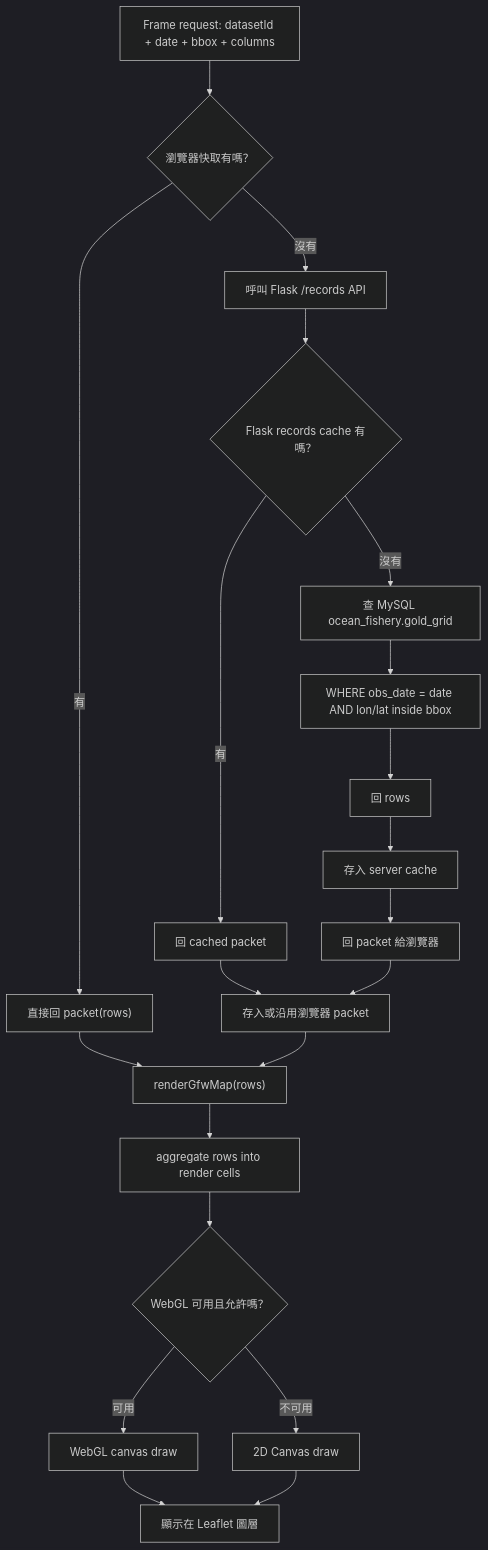
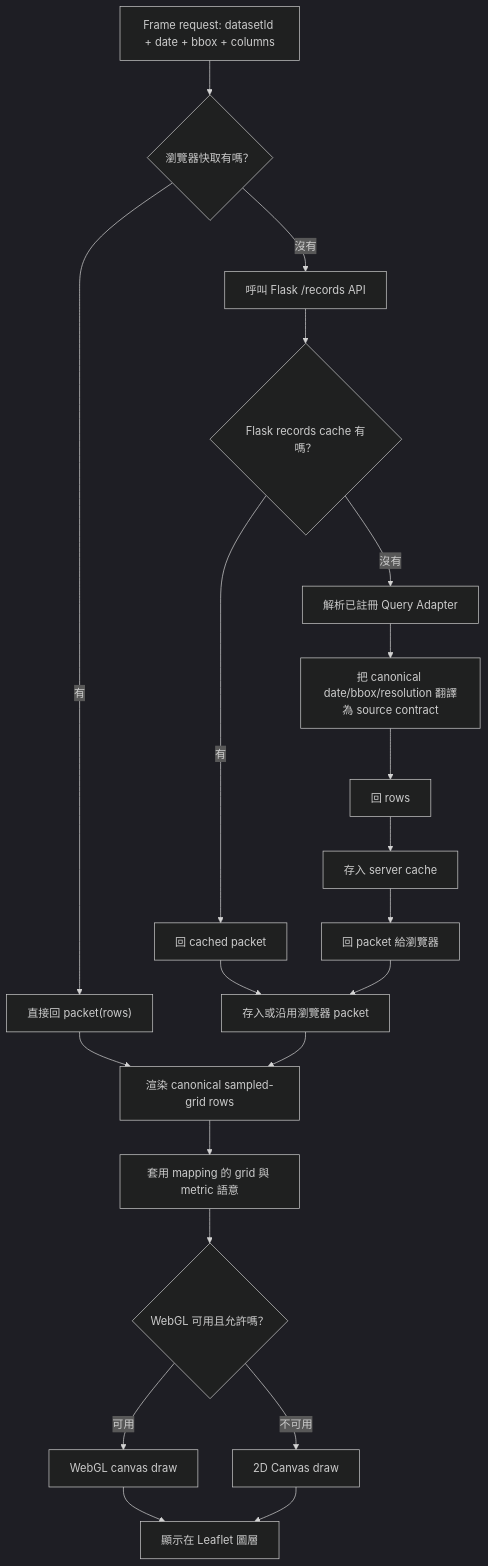
Before and after one commit to Kagamihara-Ruruka/gfw-flask-mysql-adapter: the fourth of 5 diagrams in README.zh-TW.md, drawn with Mermaid (dark theme). The commit also changed other lines of this file and 187 other files, not shown here.

Commit message:
Checkpoint lifecycle and runtime architecture

````diff
--- a/README.zh-TW.md
+++ b/README.zh-TW.md
@@ -299,27 +313,27 @@
 ```mermaid
 flowchart TD
   A["Frame request: datasetId + date + bbox + columns"] --> B{"瀏覽器快取有嗎？"}
   B -->|有| C["直接回 packet(rows)"]
   B -->|沒有| D["呼叫 Flask /records API"]
 
   D --> E{"Flask records cache 有嗎？"}
   E -->|有| F["回 cached packet"]
-  E -->|沒有| G["查 MySQL ocean_fishery.gold_grid"]
+  E -->|沒有| G["解析已註冊 Query Adapter"]
 
-  G --> H["WHERE obs_date = date AND lon/lat inside bbox"]
+  G --> H["把 canonical date/bbox/resolution 翻譯為 source contract"]
   H --> I["回 rows"]
   I --> J["存入 server cache"]
   J --> K["回 packet 給瀏覽器"]
 
   F --> L["存入或沿用瀏覽器 packet"]
   K --> L
-  C --> M["renderGfwMap(rows)"]
+  C --> M["渲染 canonical sampled-grid rows"]
   L --> M
 
-  M --> N["aggregate rows into render cells"]
+  M --> N["套用 mapping 的 grid 與 metric 語意"]
   N --> O{"WebGL 可用且允許嗎？"}
   O -->|可用| P["WebGL canvas draw"]
   O -->|不可用| Q["2D Canvas draw"]
   P --> R["顯示在 Leaflet 圖層"]
   Q --> R
 ```
````
